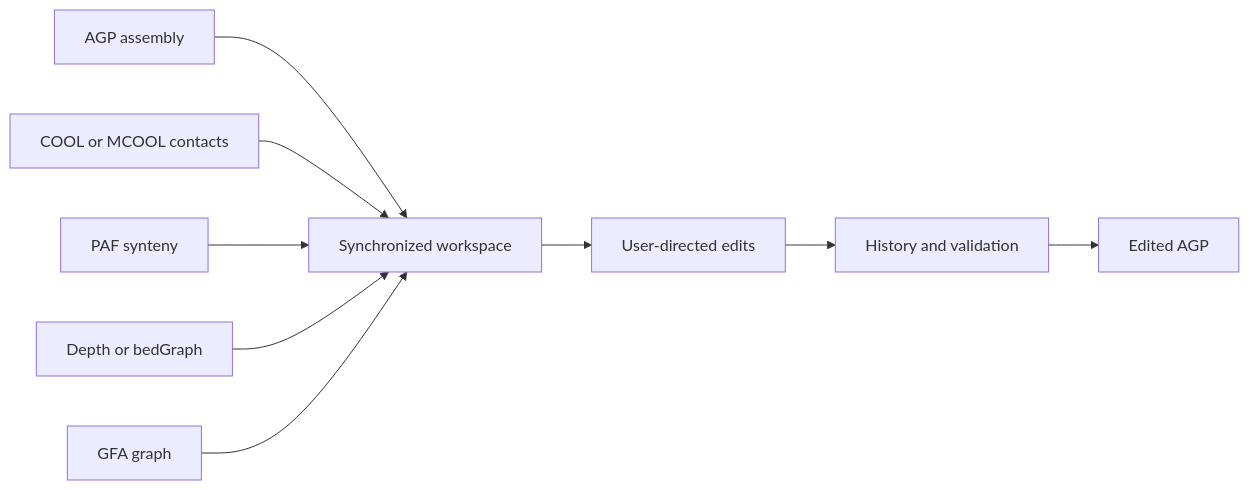
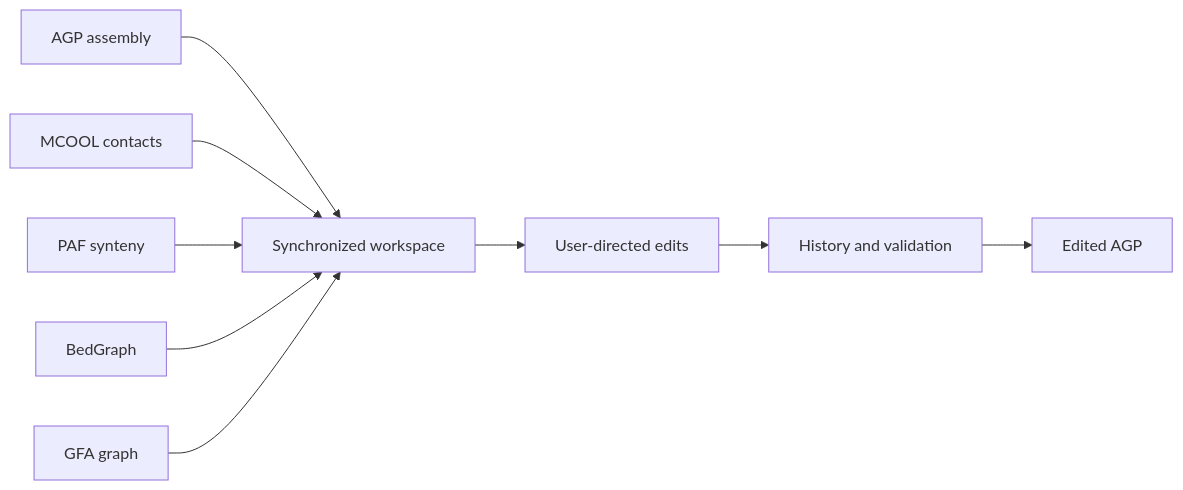
Before and after one commit to wangyibin/C-Studio: the diagram in docs/en/index.md, drawn with Mermaid. The commit also changed other lines of this file and 18 other files, not shown here.

````diff
--- a/docs/en/index.md
+++ b/docs/en/index.md
@@ -22,11 +26,11 @@
 ```mermaid
 flowchart LR
     A["AGP assembly"] --> W["Synchronized workspace"]
-    B["COOL or MCOOL contacts"] --> W
+    B["MCOOL contacts"] --> W
     C["PAF synteny"] --> W
-    D["Depth or bedGraph"] --> W
+    D["BedGraph"] --> W
     E["GFA graph"] --> W
     W --> U["User-directed edits"]
     U --> H["History and validation"]
     H --> O["Edited AGP"]
 ```
````
